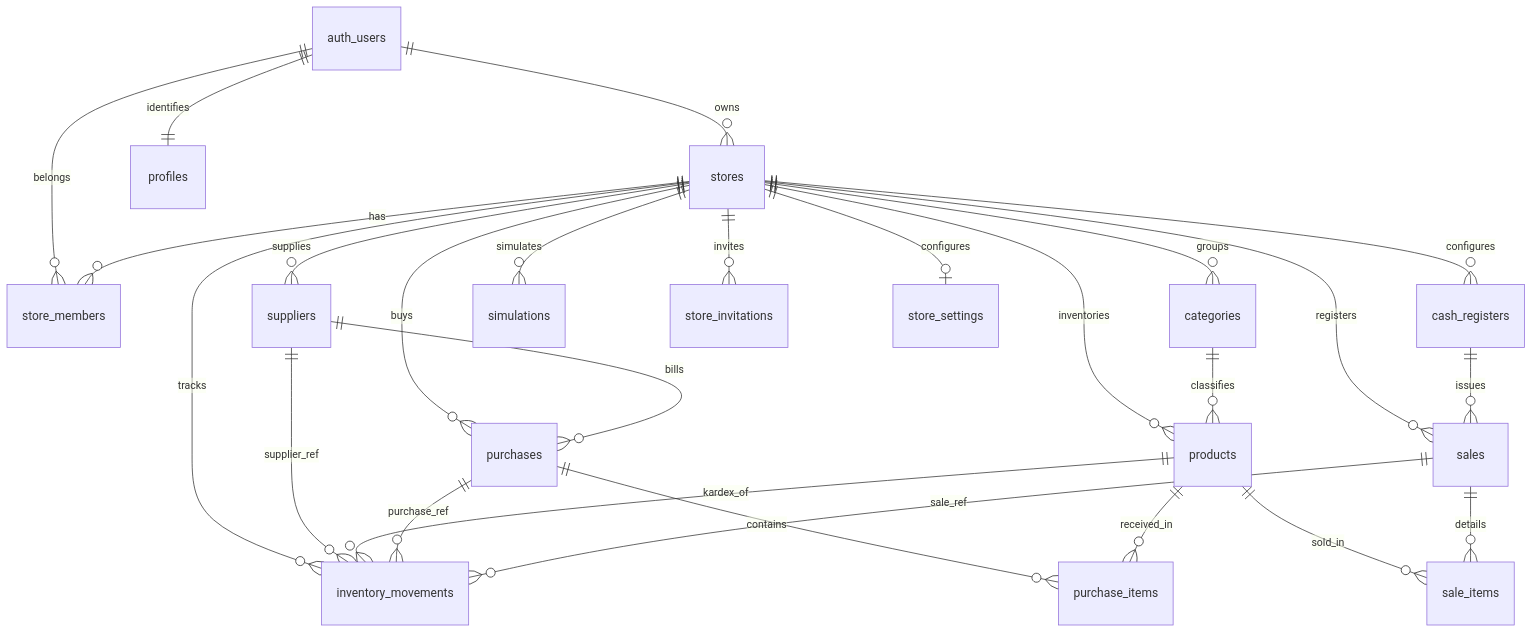
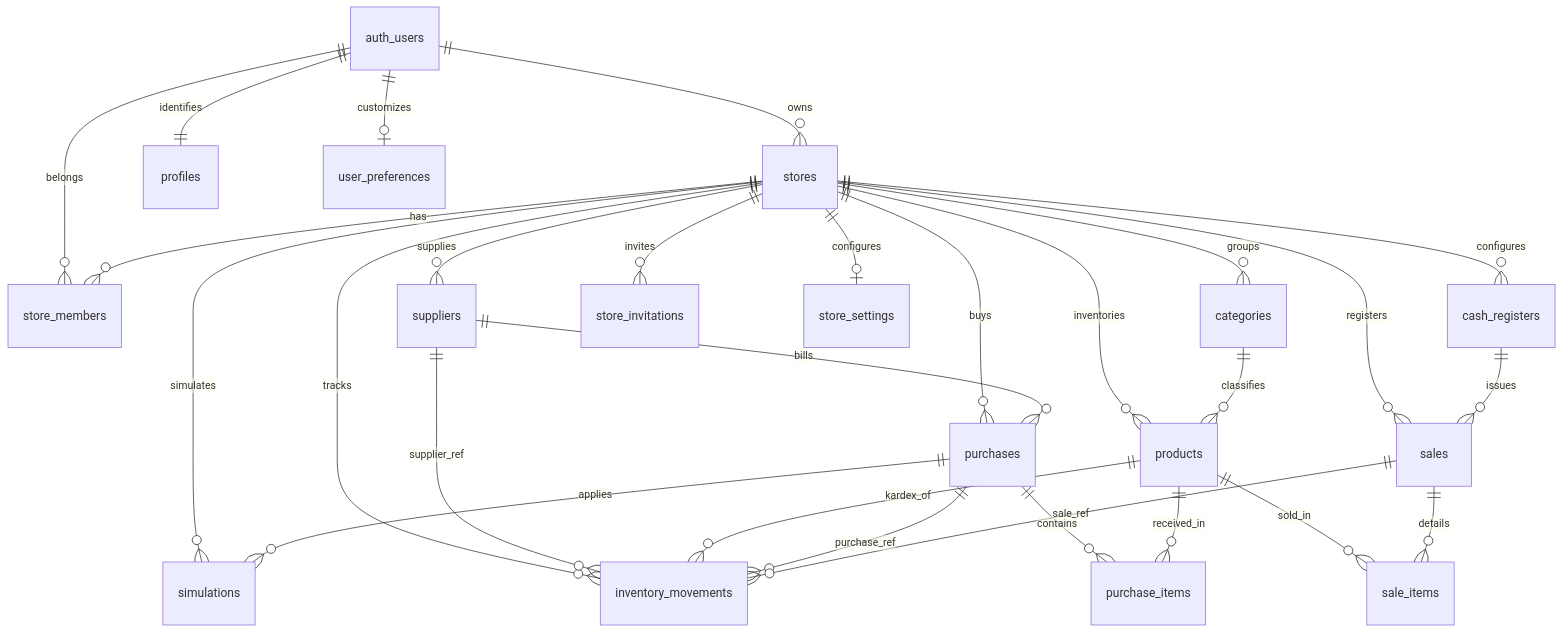
The diagram in informe_tecnico.md (emircruzm/Rentabill), drawn with Mermaid before and after one commit. The commit also changed other lines of this file and 11 other files, not shown here.

````diff
--- a/informe_tecnico.md
+++ b/informe_tecnico.md
@@ -228,29 +303,31 @@
 ```mermaid
 erDiagram
     auth_users ||--o{ stores : "owns"
     auth_users ||--o{ store_members : "belongs"
     auth_users ||--|| profiles : "identifies"
     stores ||--o{ store_members : "has"
     stores ||--o{ cash_registers : "configures"
     stores ||--o{ categories : "groups"
     stores ||--o{ suppliers : "supplies"
     stores ||--o{ products : "inventories"
     stores ||--o{ purchases : "buys"
     stores ||--o{ sales : "registers"
     stores ||--o{ inventory_movements : "tracks"
     stores ||--o{ simulations : "simulates"
     stores ||--o{ store_invitations : "invites"
     stores ||--o| store_settings : "configures"
+    auth_users ||--o| user_preferences : "customizes"
 
     categories ||--o{ products : "classifies"
     suppliers ||--o{ purchases : "bills"
     suppliers ||--o{ inventory_movements : "supplier_ref"
     purchases ||--o{ purchase_items : "contains"
     products ||--o{ purchase_items : "received_in"
     products ||--o{ sale_items : "sold_in"
     sales ||--o{ sale_items : "details"
     cash_registers ||--o{ sales : "issues"
     products ||--o{ inventory_movements : "kardex_of"
     purchases ||--o{ inventory_movements : "purchase_ref"
     sales ||--o{ inventory_movements : "sale_ref"
+    purchases ||--o{ simulations : "applies"
 ```
````
